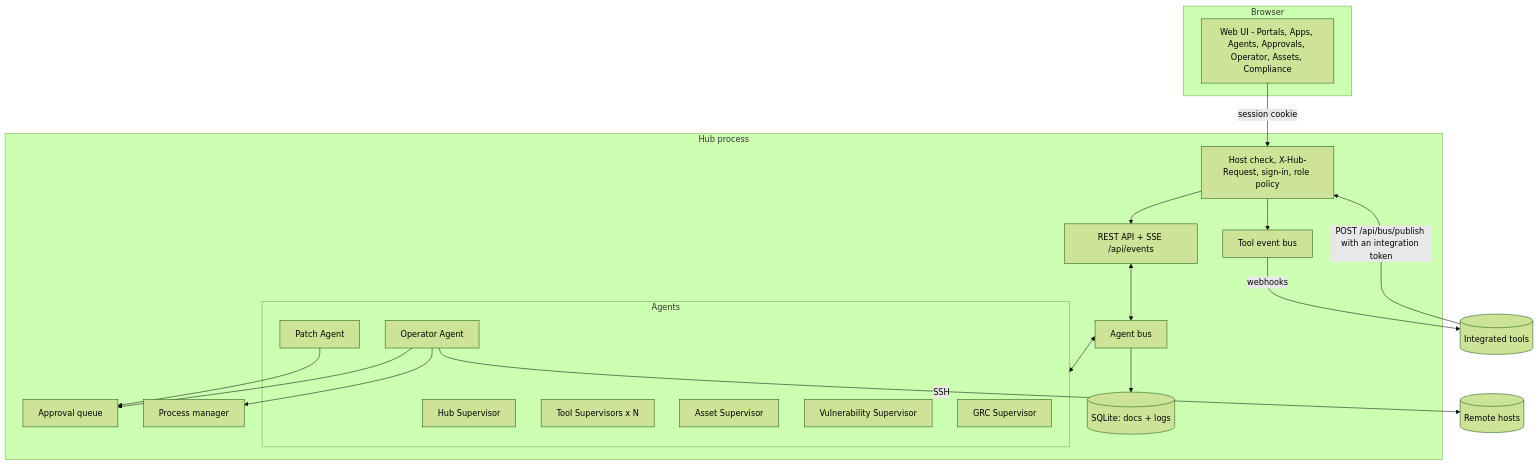
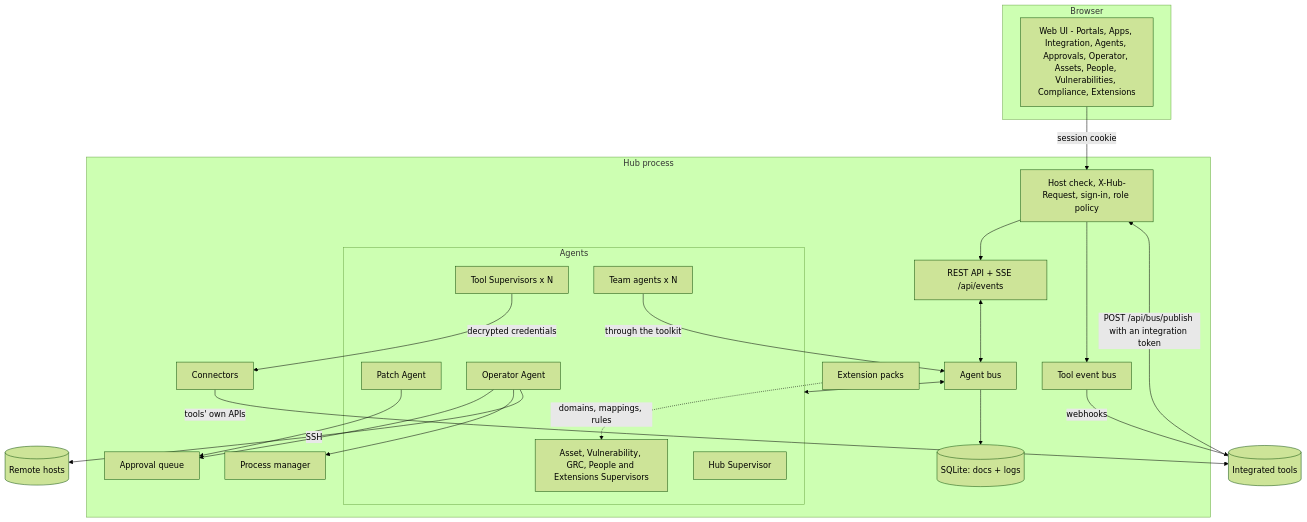
Before and after one commit to IvenGe/atrium: the first of 3 diagrams in docs/ARCHITECTURE.md, drawn with Mermaid (forest theme). The commit also changed other lines of this file and 32 other files, not shown here.

````diff
--- a/docs/ARCHITECTURE.md
+++ b/docs/ARCHITECTURE.md
@@ -7,36 +7,41 @@
 ```mermaid
 flowchart TB
   subgraph Browser
-    ui[Web UI - Portals, Apps, Agents, Approvals, Operator, Assets, Compliance]
+    ui[Web UI - Portals, Apps, Integration, Agents, Approvals, Operator, Assets, People, Vulnerabilities, Compliance, Extensions]
   end
   subgraph Hub process
     guard[Host check, X-Hub-Request, sign-in, role policy]
     api[REST API + SSE /api/events]
     bus[Agent bus]
     store[(SQLite: docs + logs)]
     subgraph Agents
       sup[Hub Supervisor]
       ts[Tool Supervisors x N]
       pa[Patch Agent]
       op[Operator Agent]
-      as[Asset Supervisor]
-      vs[Vulnerability Supervisor]
-      grc[GRC Supervisor]
+      mods[Asset, Vulnerability, GRC, People and Extensions Supervisors]
+      team[Team agents x N]
     end
+    conn[Connectors]
+    ext[Extension packs]
     appr[Approval queue]
     proc[Process manager]
     tbus[Tool event bus]
   end
   ui -- session cookie --> guard
   guard --> api
   api <--> bus
   bus <--> Agents
   bus --> store
+  ts -- decrypted credentials --> conn
+  conn -- tools' own APIs --> tools[(Integrated tools)]
+  ext -. domains, mappings, rules .-> mods
   pa --> appr
   op --> appr
   op --> proc
-  tbus -- webhooks --> tools[(Integrated tools)]
+  tbus -- webhooks --> tools
   tools -- POST /api/bus/publish with an integration token --> guard
   guard --> tbus
   op -- SSH --> hosts[(Remote hosts)]
+  team -- through the toolkit --> bus
 ```
````
